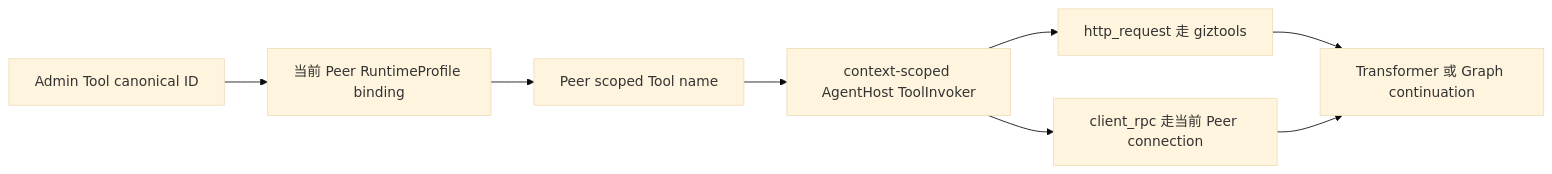
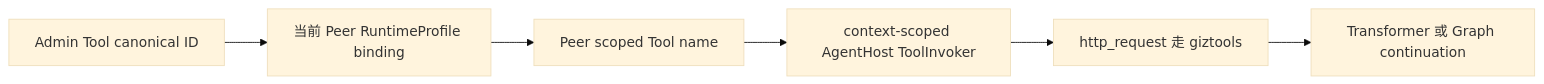
Before and after one commit to GizClaw/gizclaw: the diagram in guides/zh/developing/gizclaw/services/runtime/toolkit.md, drawn with Mermaid (base theme). The commit also changed other lines of this file and 265 other files, not shown here.

````diff
--- a/guides/zh/developing/gizclaw/services/runtime/toolkit.md
+++ b/guides/zh/developing/gizclaw/services/runtime/toolkit.md
@@ -51,10 +48,8 @@
 ```mermaid
 flowchart LR
     Resource["Admin Tool canonical ID"] --> Profile["当前 Peer RuntimeProfile binding"]
     Profile --> Policy["Peer scoped Tool name"]
     Policy --> Invoker["context-scoped AgentHost ToolInvoker"]
     Invoker --> HTTP["http_request 走 giztools"]
-    Invoker --> Client["client_rpc 走当前 Peer connection"]
     HTTP --> Continue["Transformer 或 Graph continuation"]
-    Client --> Continue
 ```
````
